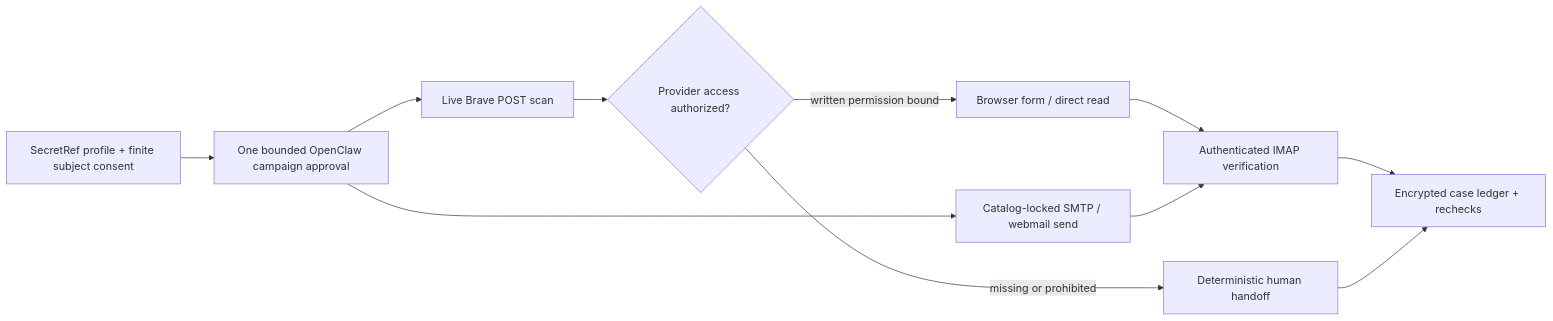
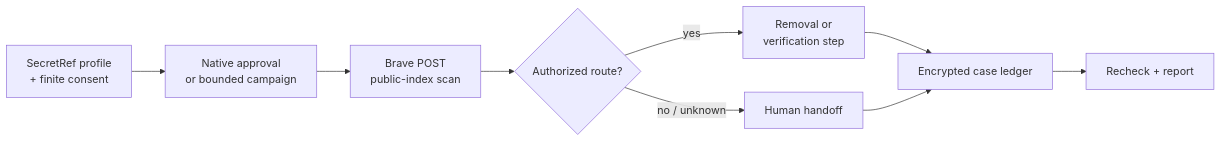
The diagram in README.md (Olli0103/rightout), drawn with Mermaid before and after one commit. The commit also changed other lines of this file, not shown here.

````diff
--- a/README.md
+++ b/README.md
@@ -61,13 +55,11 @@
 ```mermaid
 flowchart LR
-    P["SecretRef profile + finite subject consent"] --> G["One bounded OpenClaw campaign approval"]
-    G --> S["Live Brave POST scan"]
-    S --> D{"Provider access authorized?"}
-    D -->|"written permission bound"| F["Browser form / direct read"]
-    D -->|"missing or prohibited"| H["Deterministic human handoff"]
-    G --> E["Catalog-locked SMTP / webmail send"]
-    F --> V["Authenticated IMAP verification"]
-    E --> V
-    V --> L["Encrypted case ledger + rechecks"]
+    P["SecretRef profile<br/>+ finite consent"] --> A["Native approval<br/>or bounded campaign"]
+    A --> S["Brave POST<br/>public-index scan"]
+    S --> D{"Authorized route?"}
+    D -->|"yes"| R["Removal or<br/>verification step"]
+    D -->|"no / unknown"| H["Human handoff"]
+    R --> L["Encrypted case ledger"]
     H --> L
+    L --> C["Recheck + report"]
 ```
````
